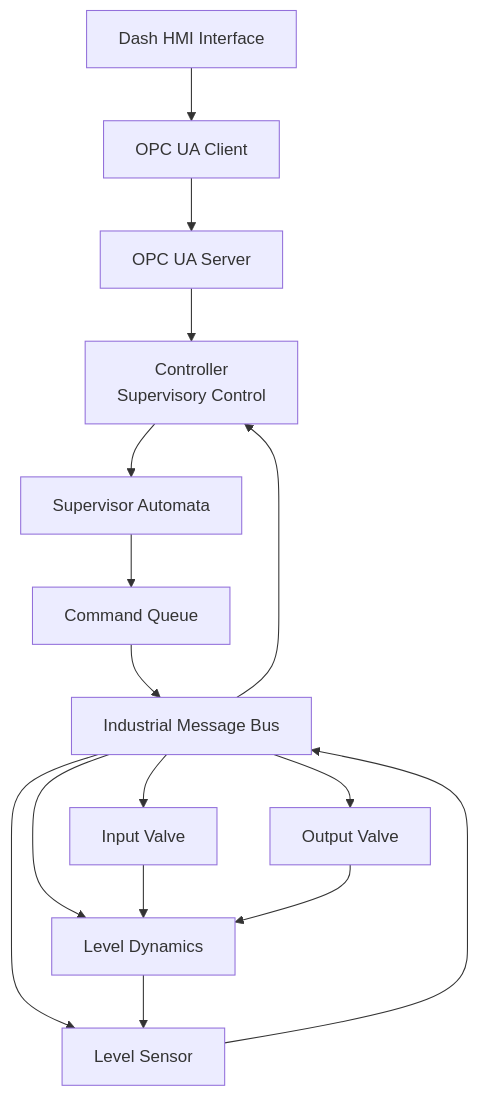
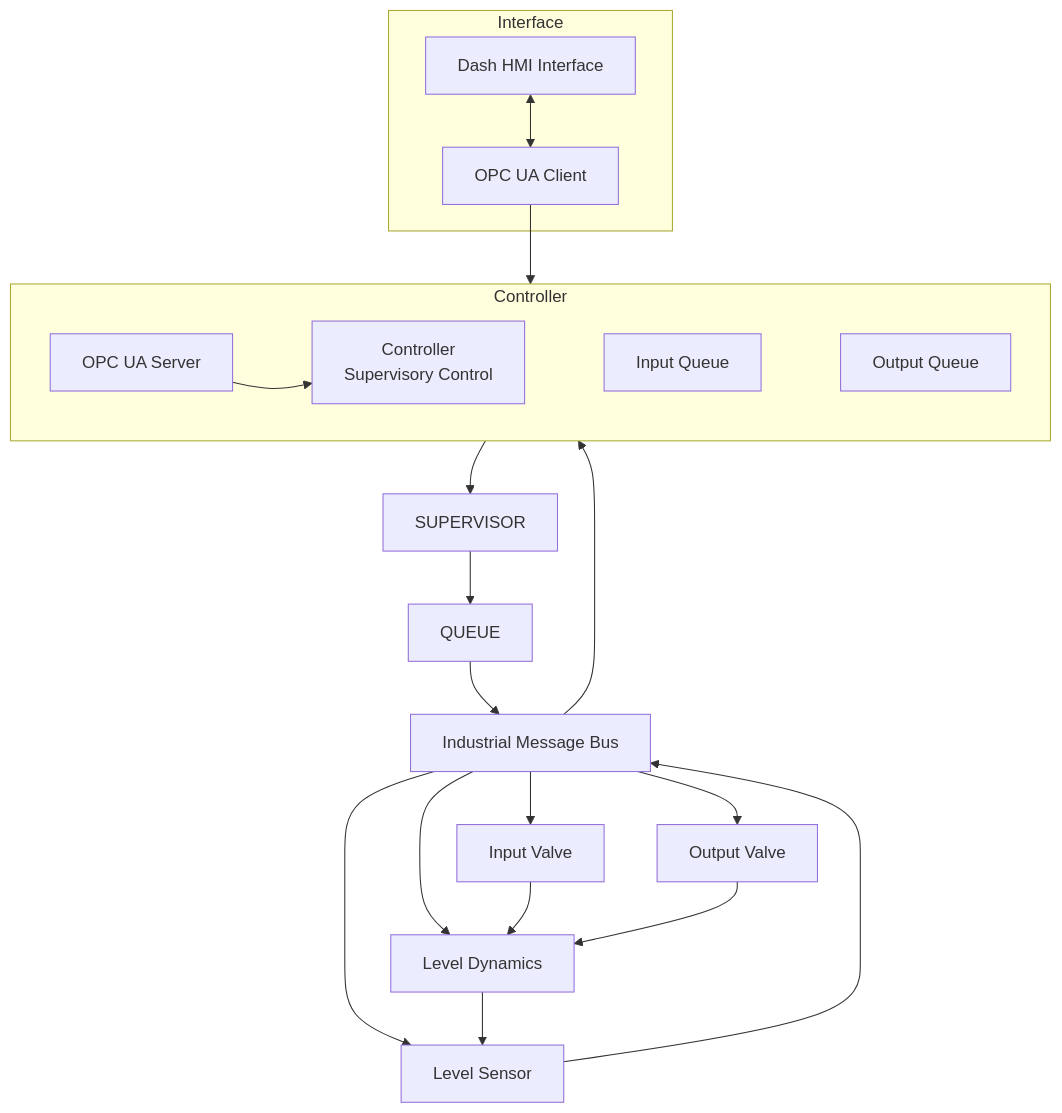
One commit to michelrodrigo/AttackPlatform changed the first of 5 diagrams in README.md. Above: the diagram before and after it, drawn with Mermaid.

Commit message:
Update README.md
Improvement of readme file

````diff
--- a/README.md
+++ b/README.md
@@ -19,48 +19,56 @@
 ```mermaid
 flowchart TD
 
-    UI[Dash HMI Interface]
+    subgraph Interface
+        UI[Dash HMI Interface]
+        OPC_CLIENT[OPC UA Client]
+    end
 
-    OPC_CLIENT[OPC UA Client]
+    subgraph Controller
+        direction TB
+        OPC_SERVER[OPC UA Server]
+        CONTROLLER[Controller<br/>Supervisory Control]
+        OUTPUT_QUEUE[Output Queue]
+        INPUT_QUEUE[Input Queue]
 
-    CONTROLLER[Controller<br/>Supervisory Control]
+        direction TB
+        OPC_SERVER ~~~ CONTROLLER
+        CONTROLLER ~~~ INPUT_QUEUE
 
-    OPC_SERVER[OPC UA Server]
-
-    SUPERVISOR[Supervisor Automata]
-
-    QUEUE[Command Queue]
+        direction LR
+        INPUT_QUEUE ~~~ OUTPUT_QUEUE
+    end  
 
     BUS[Industrial Message Bus]
 
     IV[Input Valve]
     OV[Output Valve]
     LD[Level Dynamics]
     LS[Level Sensor]
 
-    UI --> OPC_CLIENT
+    UI <--> OPC_CLIENT
 
     OPC_CLIENT --> OPC_SERVER
 
     OPC_SERVER --> CONTROLLER
 
     CONTROLLER --> SUPERVISOR
 
     SUPERVISOR --> QUEUE
 
     QUEUE --> BUS
 
     BUS --> IV
     BUS --> OV
     BUS --> LD
     BUS --> LS
 
     IV --> LD
     OV --> LD
 
     LD --> LS
 
     LS --> BUS
 
     BUS --> CONTROLLER
 ```
````
